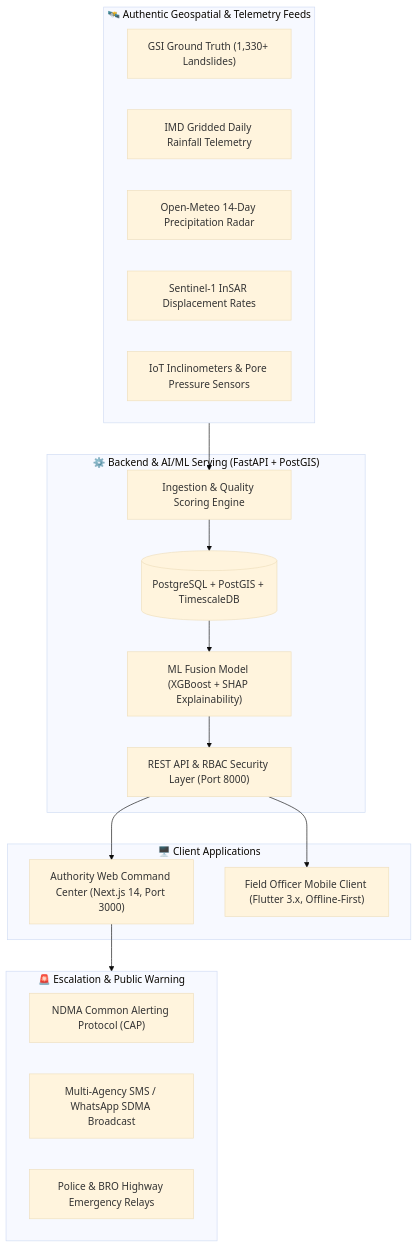
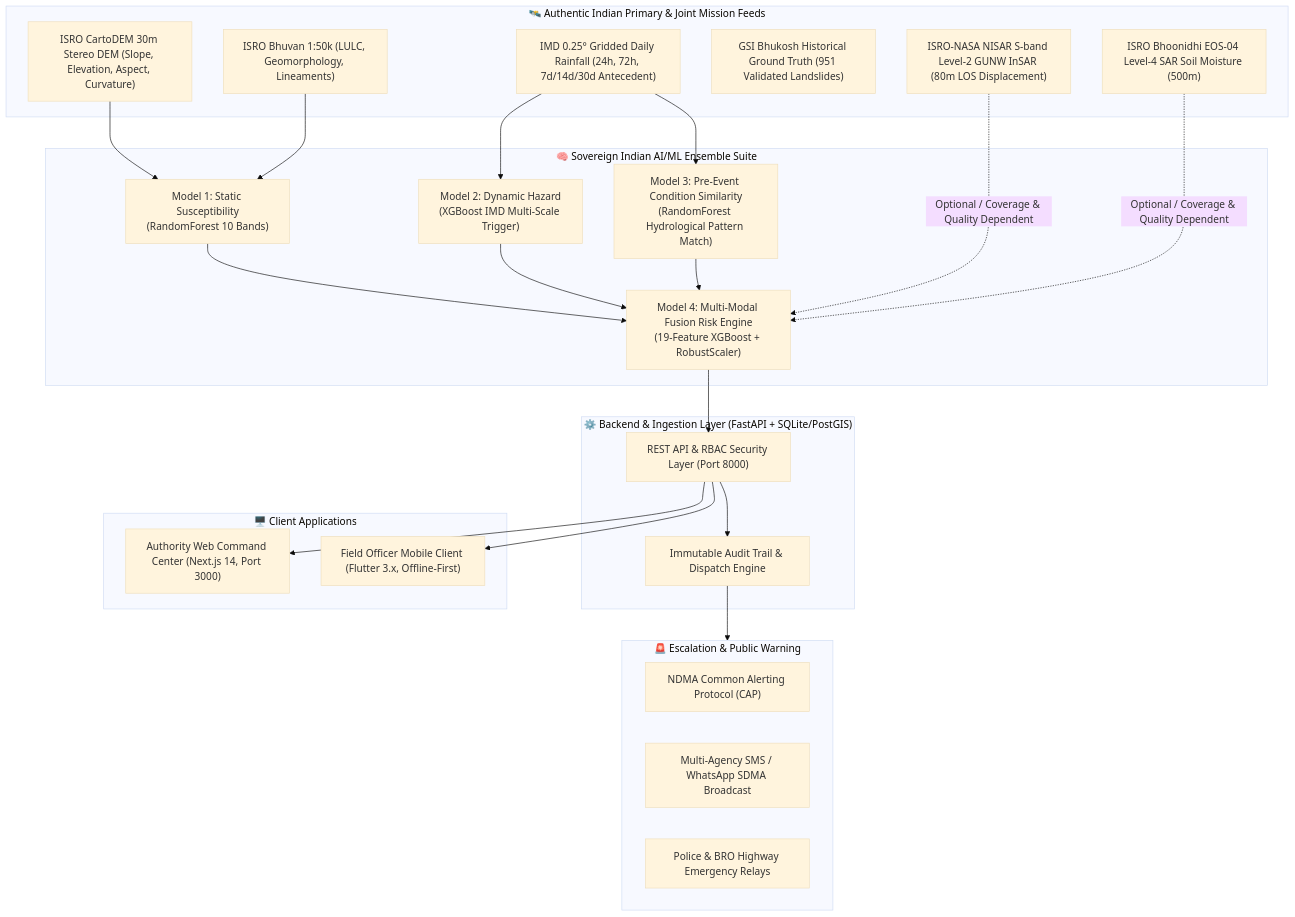
The diagram in README.md (CHIRAG8980/Parvaah), drawn with Mermaid (base theme) before and after one commit. The commit also changed 90 other files, not shown here.

First line of the commit message:
feat(core): final scientific and production hardening of multi-modal early warning system

````diff
--- a/README.md
+++ b/README.md
@@ -29,36 +29,51 @@
 ```mermaid
 flowchart TD
-    subgraph DataSources["🛰️ Authentic Geospatial & Telemetry Feeds"]
-        GSI["GSI Ground Truth (1,330+ Landslides)"]
-        IMD["IMD Gridded Daily Rainfall Telemetry"]
-        METEO["Open-Meteo 14-Day Precipitation Radar"]
-        S1["Sentinel-1 InSAR Displacement Rates"]
-        IOT["IoT Inclinometers & Pore Pressure Sensors"]
+    subgraph DataSources["🛰️ Authentic Indian Primary & Joint Mission Feeds"]
+        CARTODEM["ISRO CartoDEM 30m Stereo DEM (Slope, Elevation, Aspect, Curvature)"]
+        BHUVAN["ISRO Bhuvan 1:50k (LULC, Geomorphology, Lineaments)"]
+        IMD["IMD 0.25° Gridded Daily Rainfall (24h, 72h, 7d/14d/30d Antecedent)"]
+        GSI["GSI Bhukosh Historical Ground Truth (951 Validated Landslides)"]
+        NISAR["ISRO-NASA NISAR S-band Level-2 GUNW InSAR (80m LOS Displacement)"]
+        EOS04["ISRO Bhoonidhi EOS-04 Level-4 SAR Soil Moisture (500m)"]
     end
 
-    subgraph Backend["⚙️ Backend & AI/ML Serving (FastAPI + PostGIS)"]
-        INGEST["Ingestion & Quality Scoring Engine"]
-        FUSION["ML Fusion Model (XGBoost + SHAP Explainability)"]
+    subgraph MLEnsemble["🧠 Sovereign Indian AI/ML Ensemble Suite"]
+        M1["Model 1: Static Susceptibility\n(RandomForest 10 Bands)"]
+        M2["Model 2: Dynamic Hazard\n(XGBoost IMD Multi-Scale Trigger)"]
+        M3["Model 3: Pre-Event Condition Similarity\n(RandomForest Hydrological Pattern Match)"]
+        M4["Model 4: Multi-Modal Fusion Risk Engine\n(19-Feature XGBoost + RobustScaler)"]
+
+        CARTODEM --> M1
+        BHUVAN --> M1
+        IMD --> M2
+        IMD --> M3
+
+        M1 --> M4
+        M2 --> M4
+        M3 --> M4
+        NISAR -.->|"Optional / Coverage & Quality Dependent"| M4
+        EOS04 -.->|"Optional / Coverage & Quality Dependent"| M4
+    end
+
+    subgraph Backend["⚙️ Backend & Ingestion Layer (FastAPI + SQLite/PostGIS)"]
         API["REST API & RBAC Security Layer (Port 8000)"]
-        DB[("PostgreSQL + PostGIS + TimescaleDB")]
+        AUDIT["Immutable Audit Trail & Dispatch Engine"]
+        M4 --> API
+        API --> AUDIT
     end
 
     subgraph Presentation["🖥️ Client Applications"]
         WEB["Authority Web Command Center (Next.js 14, Port 3000)"]
         MOB["Field Officer Mobile Client (Flutter 3.x, Offline-First)"]
     end
 
     subgraph EmergencyDispatch["🚨 Escalation & Public Warning"]
         NDMA["NDMA Common Alerting Protocol (CAP)"]
         SMS["Multi-Agency SMS / WhatsApp SDMA Broadcast"]
         RELAY["Police & BRO Highway Emergency Relays"]
     end
 
-    DataSources --> INGEST
-    INGEST --> DB
-    DB --> FUSION
-    FUSION --> API
     API --> WEB
     API --> MOB
-    WEB --> EmergencyDispatch
+    AUDIT --> EmergencyDispatch
 ```
````
